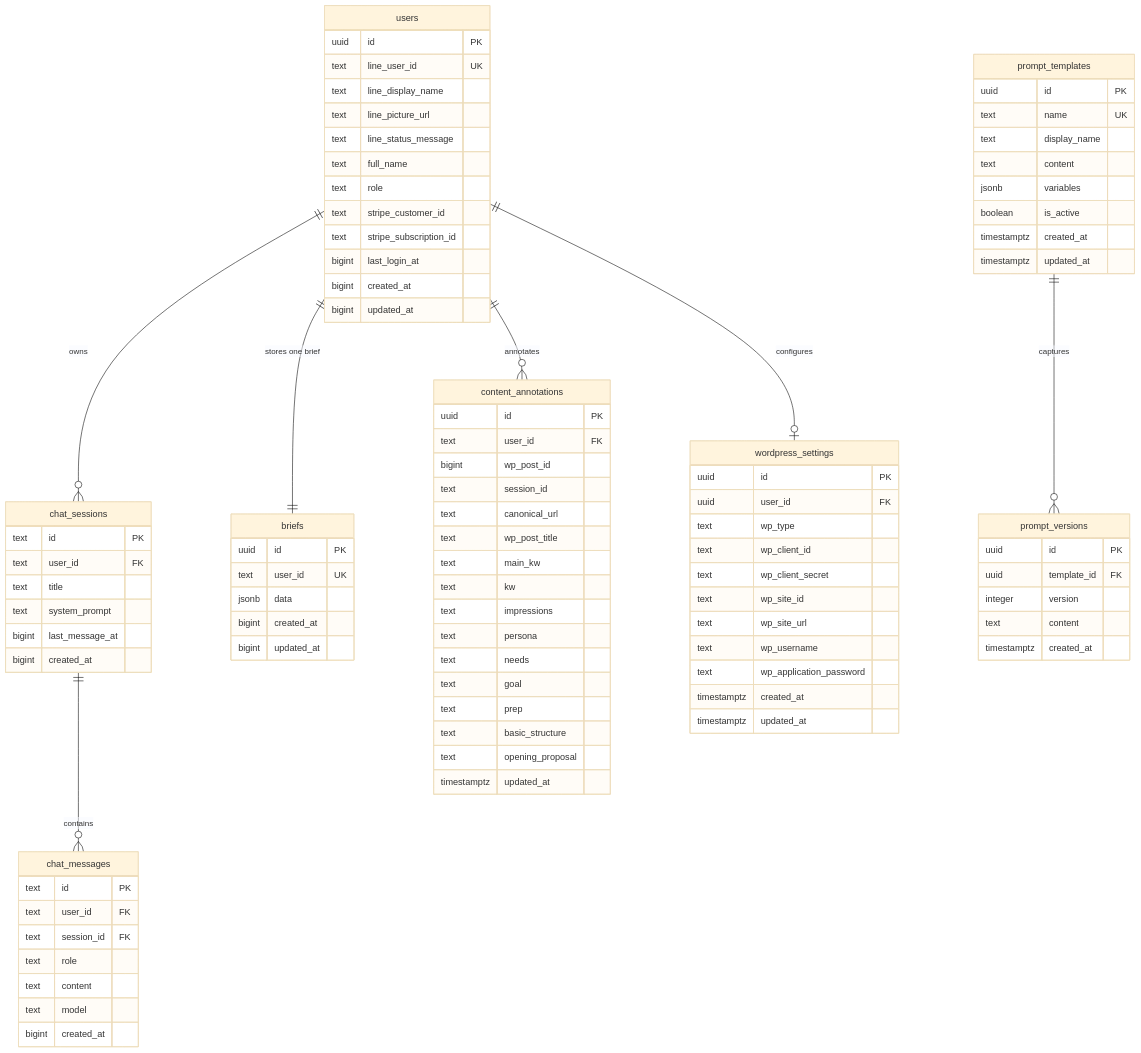
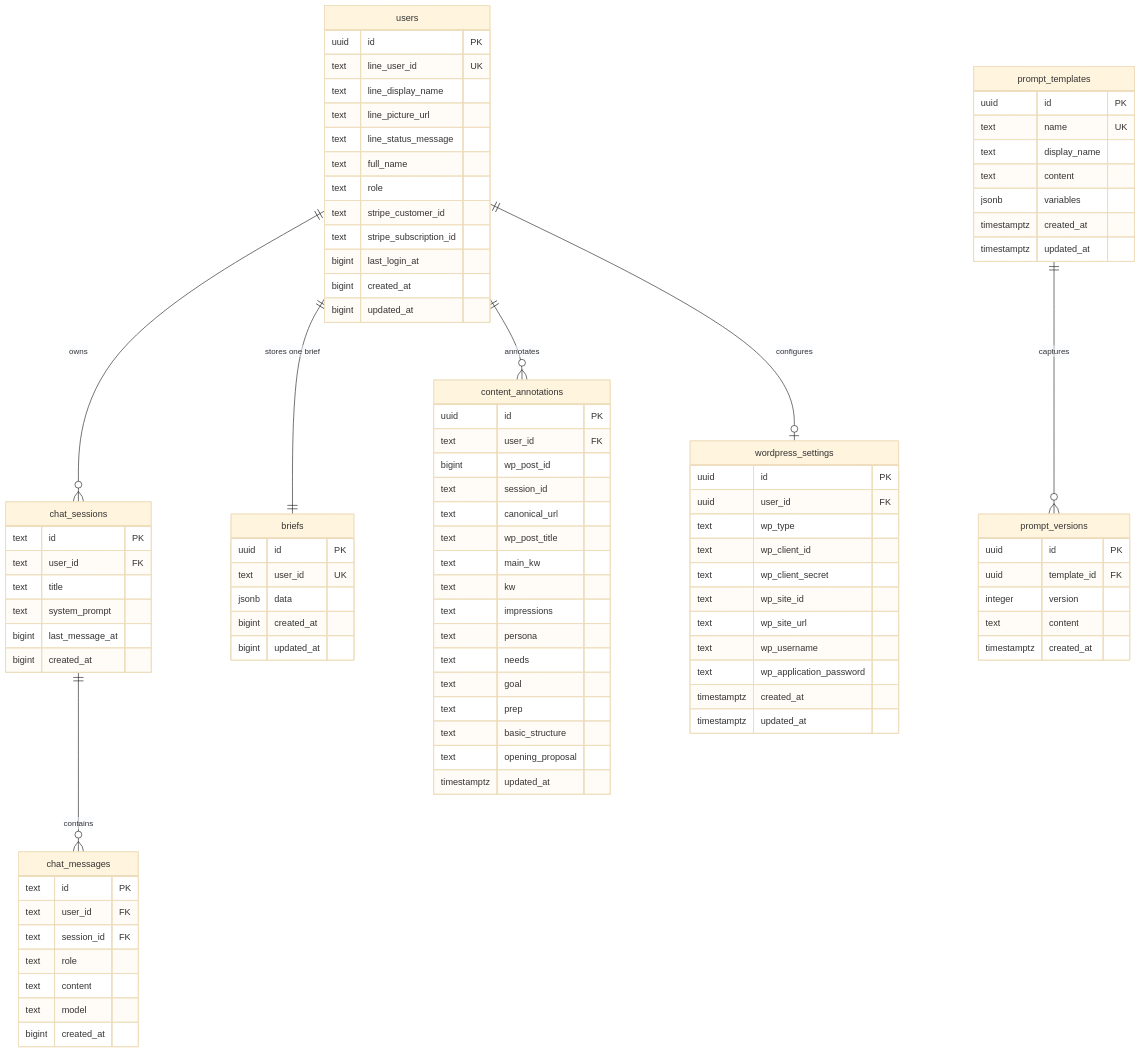
One commit to shoma-endo/industry-specific-mc-training changed the third of 3 diagrams in README.md. Above: the diagram before and after it, drawn with Mermaid (base theme). The commit also changed 5 other files, not shown here.

```diff
--- a/README.md
+++ b/README.md
@@ -243,7 +243,6 @@
         text display_name
         text content
         jsonb variables
-        boolean is_active
         timestamptz created_at
         timestamptz updated_at
     }
```
